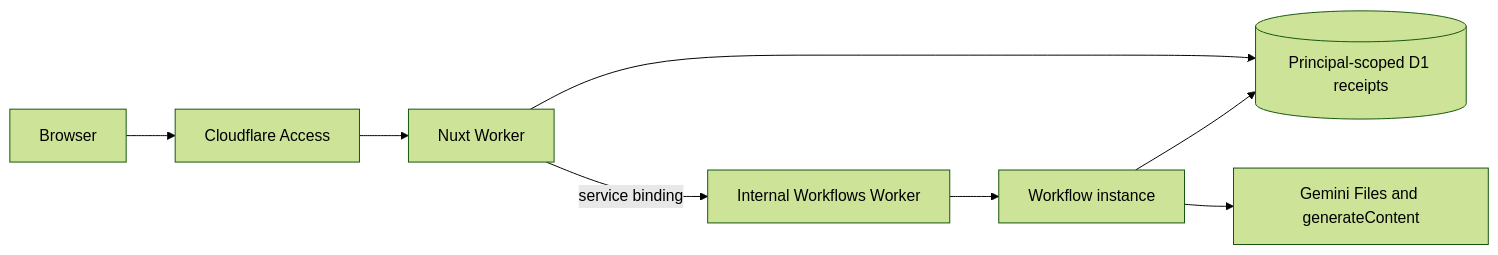
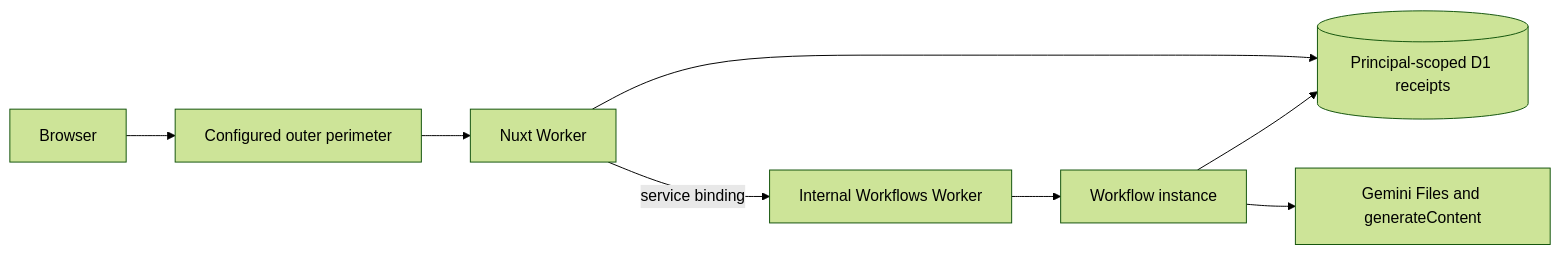
Before and after one commit to jchu96/frame-of-mind: the seventh of 9 diagrams in docs/ARCHITECTURE.md, drawn with Mermaid (forest theme). The commit also changed other lines of this file and 14 other files, not shown here.

````diff
--- a/docs/ARCHITECTURE.md
+++ b/docs/ARCHITECTURE.md
@@ -729,16 +732,16 @@
 ```mermaid
 flowchart LR
     Browser[Browser]
-    Access[Cloudflare Access]
+    Access[Configured outer perimeter]
     Nuxt[Nuxt Worker]
     WorkflowService[Internal Workflows Worker]
     Workflow[Workflow instance]
     Gemini[Gemini Files and generateContent]
     D1[(Principal-scoped D1 receipts)]
 
     Browser --> Access --> Nuxt
     Nuxt -->|service binding| WorkflowService --> Workflow
     Nuxt --> D1
     Workflow --> D1
     Workflow --> Gemini
 ```
````
